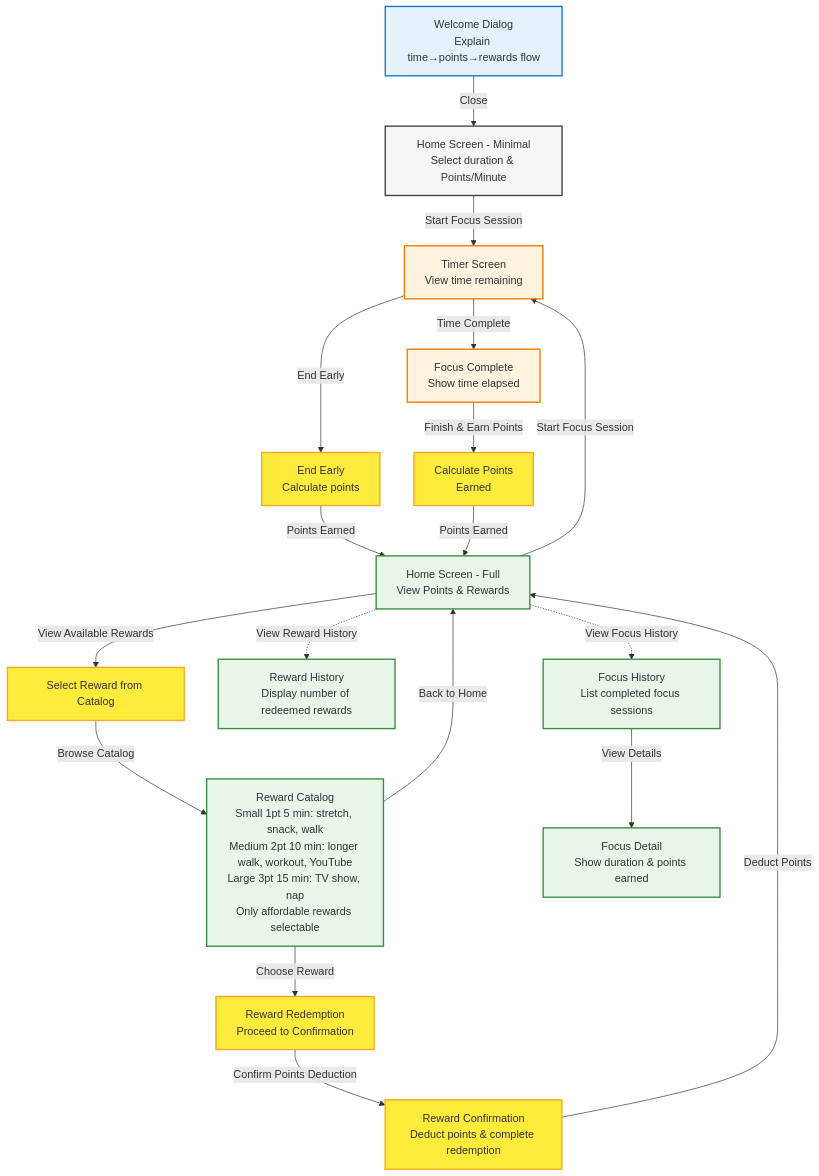
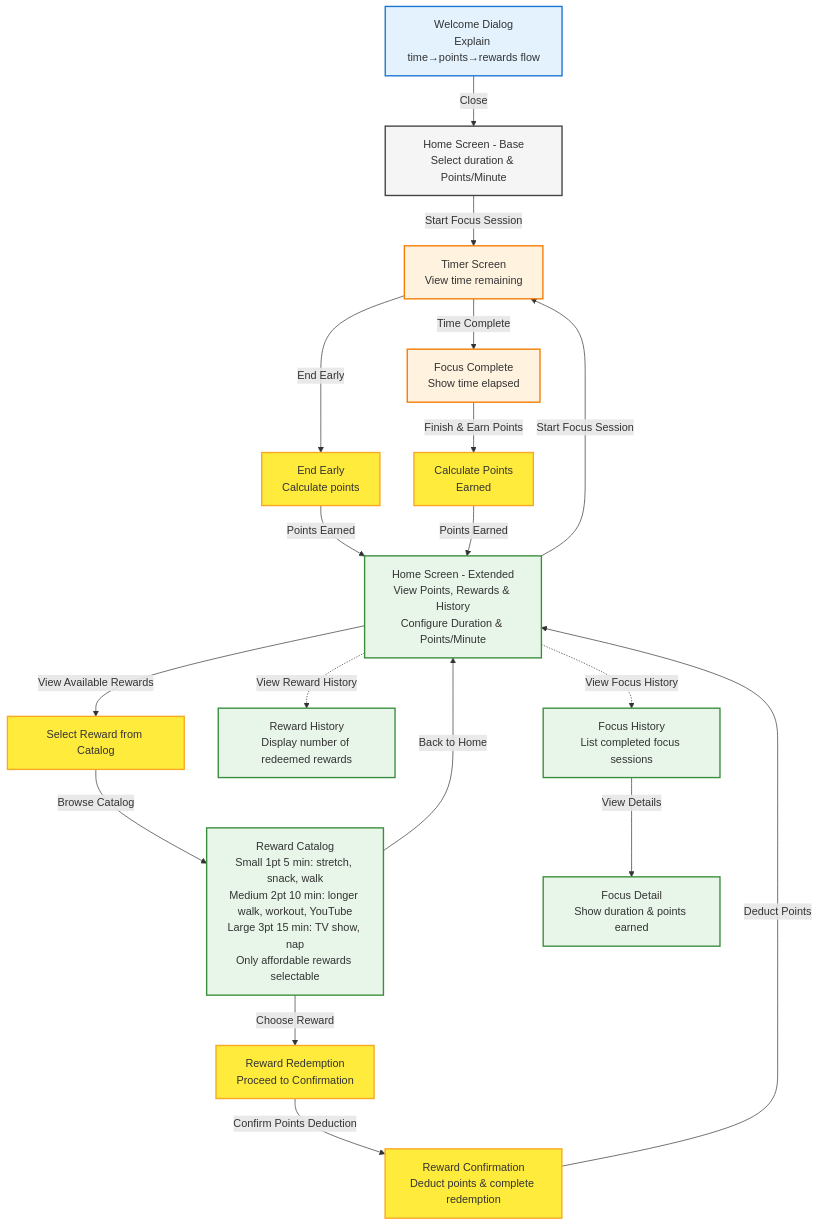
Before and after one commit to michellekli/PomoExchange: the diagram in design.md, drawn with Mermaid. The commit also changed other lines of this file, not shown here.

Commit message:
Make home screen state change more clear with HomeBase and HomeExtended

````diff
--- a/design.md
+++ b/design.md
@@ -76,69 +75,69 @@
 ```mermaid
 flowchart TD
    %% Define styles
    classDef welcome fill:#e3f2fd,stroke:#1976d2,stroke-width:2px
-   classDef homeMinimal fill:#f5f5f5,stroke:#424242,stroke-width:2px
+   classDef homeBase fill:#f5f5f5,stroke:#424242,stroke-width:2px
    classDef timer fill:#fff3e0,stroke:#f57c00,stroke-width:2px
-   classDef homeFull fill:#e8f5e9,stroke:#388e3c,stroke-width:2px
+   classDef homeExtended fill:#e8f5e9,stroke:#388e3c,stroke-width:2px
    classDef action fill:#ffeb3b,stroke:#f9a825,stroke-width:2px
 
    %% Welcome Dialog
    Welcome[Welcome Dialog<br/>Explain time→points→rewards flow]:::welcome
-   Welcome -->|Close| HomeMinimal
+   Welcome -->|Close| HomeBase
 
-   %% Home Screen - Minimal
-   HomeMinimal[Home Screen - Minimal<br/>Select duration & Points/Minute]:::homeMinimal
-   HomeMinimal -->|Start Focus Session| Timer
+   %% Home Screen - Base
+   HomeBase[Home Screen - Base<br/>Select duration & Points/Minute]:::homeBase
+   HomeBase -->|Start Focus Session| Timer
 
    %% Timer Screen
    Timer[Timer Screen<br/>View time remaining]:::timer
    Timer -->|End Early| EndEarly
    Timer -->|Time Complete| Complete
 
    %% End Early Path
    EndEarly[End Early<br/>Calculate points]:::action
-   EndEarly -->|Points Earned| HomeFull
+   EndEarly -->|Points Earned| HomeExtended
 
    %% Complete Path
    Complete[Focus Complete<br/>Show time elapsed]:::timer
    Complete -->|Finish & Earn Points| EarnPoints
 
    %% Earn Points Path
    EarnPoints[Calculate Points<br/>Earned]:::action
-   EarnPoints -->|Points Earned| HomeFull
+   EarnPoints -->|Points Earned| HomeExtended
 
-   %% Home Screen - Full
-   HomeFull[Home Screen - Full<br/>View Points & Rewards]:::homeFull
-   HomeFull -->|Start Focus Session| Timer
-   HomeFull -->|View Available Rewards| RewardSelection
+   %% Home Screen - Extended
+   HomeExtended[Home Screen - Extended<br/>View Points, Rewards & History<br/>Configure Duration & Points/Minute]:::homeExtended
+   HomeExtended -->|Start Focus Session| Timer
+   HomeExtended -->|View Available Rewards| RewardSelection
 
    %% Reward Selection Path
    RewardSelection[Select Reward from Catalog]:::action
    RewardSelection -->|Browse Catalog| RewardCatalog
 
    %% Reward Catalog
-   RewardCatalog[Reward Catalog<br/>Small 1pt 5 min: stretch, snack, walk<br/>Medium 2pt 10 min: longer walk, workout, YouTube<br/>Large 3pt 15 min: TV show, nap<br/>Only affordable rewards selectable]:::homeFull
+   RewardCatalog[Reward Catalog<br/>Small 1pt 5 min: stretch, snack, walk<br/>Medium 2pt 10 min: longer walk, workout, YouTube<br/>Large 3pt 15 min: TV show, nap<br/>Only affordable rewards selectable]:::homeExtended
    RewardCatalog -->|Choose Reward| RewardRedemption
-   RewardCatalog -->|Back to Home| HomeFull
+   RewardCatalog -->|Back to Home| HomeExtended
 
    %% Reward Redemption Path
    RewardRedemption[Reward Redemption<br/>Proceed to Confirmation]:::action
    RewardRedemption -->|Confirm Points Deduction| RewardConfirmation
 
    %% Reward Confirmation Path
    RewardConfirmation[Reward Confirmation<br/>Deduct points & complete redemption]:::action
-   RewardConfirmation -->|Deduct Points| HomeFull
+   RewardConfirmation -->|Deduct Points| HomeExtended
 
    %% Reward History
-   HomeFull -.->|View Reward History| RewardHistory
-   HomeFull -.->|View Focus History| FocusHistory
+   HomeExtended -.->|View Reward History| RewardHistory
+   HomeExtended -.->|View Focus History| FocusHistory
 
    %% Reward History
-   RewardHistory[Reward History<br/>Display number of redeemed rewards]:::homeFull
+   RewardHistory[Reward History<br/>Display number of redeemed rewards]:::homeExtended
 
    %% Focus History
-   FocusHistory[Focus History<br/>List completed focus sessions]:::homeFull
+   FocusHistory[Focus History<br/>List completed focus sessions]:::homeExtended
    FocusHistory -->|View Details| FocusDetail
-   FocusDetail[Focus Detail<br/>Show duration & points earned]:::homeFull
+   FocusDetail[Focus Detail<br/>Show duration & points earned]:::homeExtended
 
 ```
````
